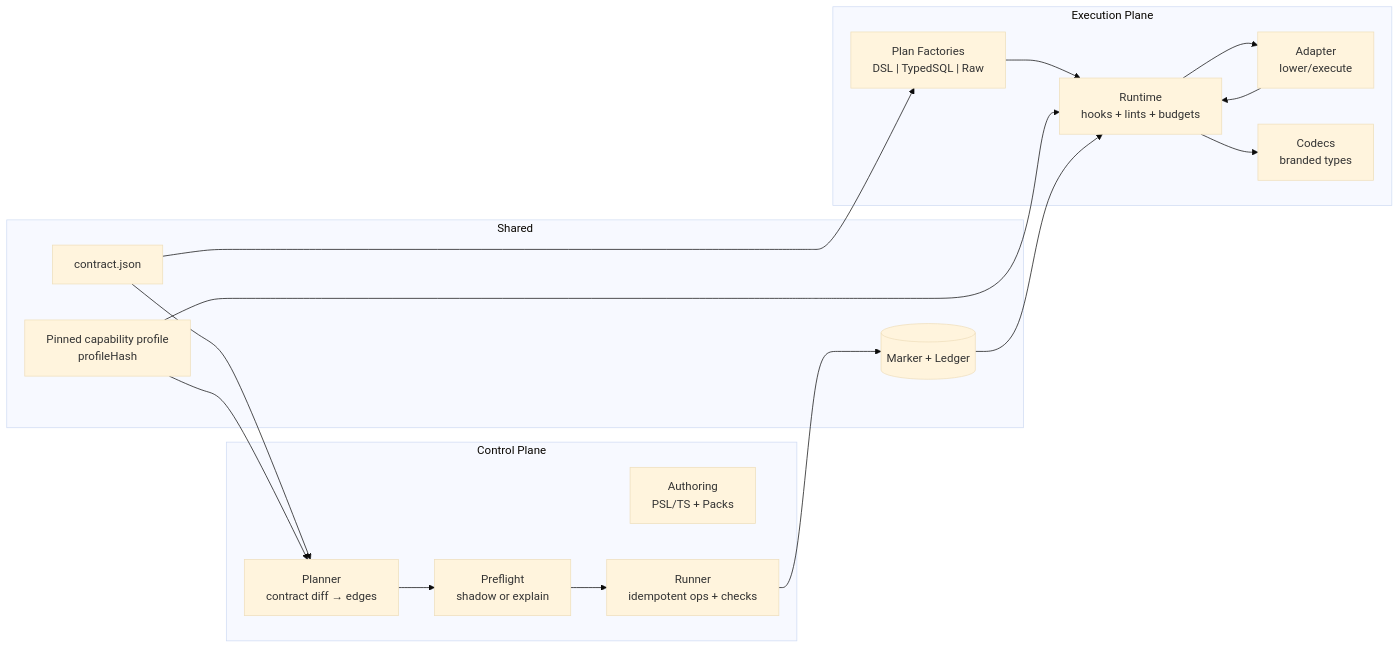
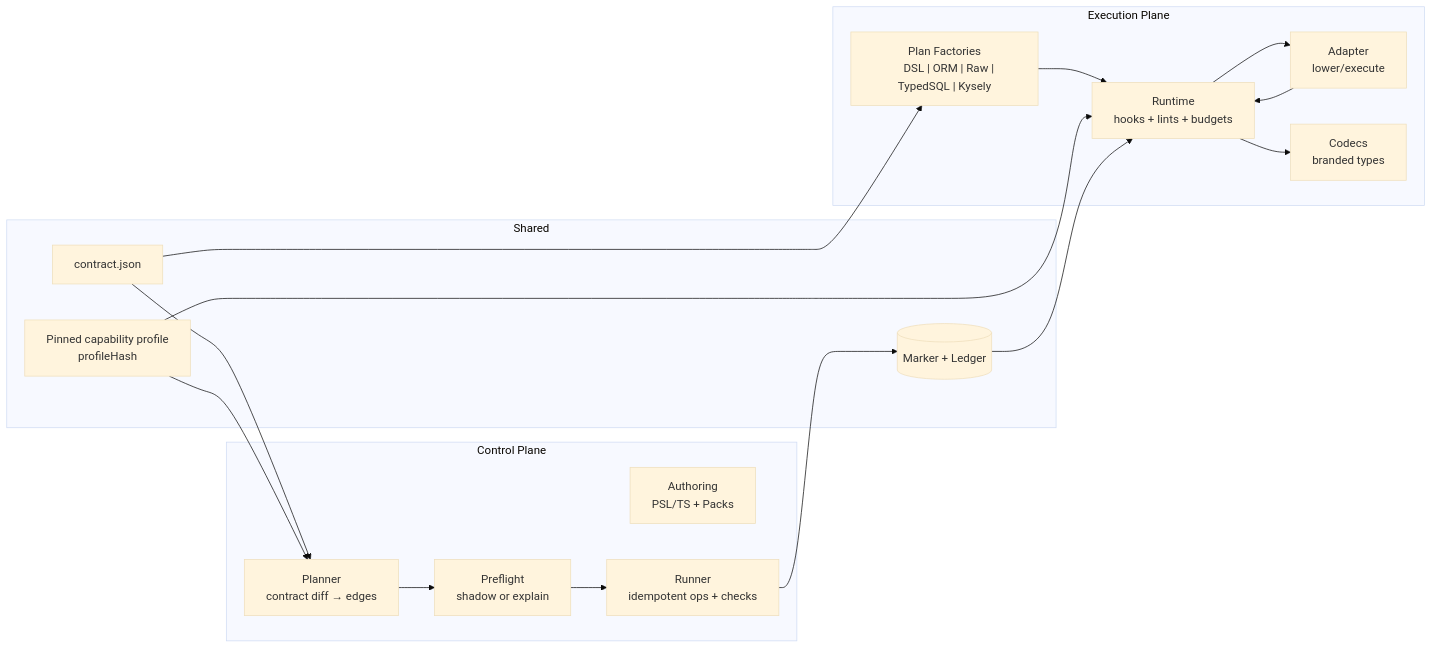
The first of 4 diagrams in docs/Architecture Overview.md (prisma/prisma-next), drawn with Mermaid (base theme) before and after one commit. The commit also changed other lines of this file, not shown here.

First line of the commit message:
docs(phase10): add Kysely and AST-first lints to Architecture Overview

````diff
--- a/docs/Architecture Overview.md
+++ b/docs/Architecture Overview.md
@@ -55,44 +55,44 @@
 ```mermaid
 flowchart LR
   subgraph Shared
     C[contract.json]
     Prof[Pinned capability profile
     profileHash]
     Mk[(Marker + Ledger)]
   end
 
   subgraph "Control Plane"
     Auth[Authoring
     PSL/TS + Packs]
     Plan[Planner
     contract diff → edges]
     Pf[Preflight
     shadow or explain]
     Run[Runner
     idempotent ops + checks]
   end
 
   subgraph "Execution Plane"
     QF["Plan Factories
-    DSL | TypedSQL | Raw"]
+    DSL | ORM | Raw | TypedSQL | Kysely"]
     RT[Runtime
     hooks + lints + budgets]
     Adp[Adapter
     lower/execute]
     Cd[Codecs
     branded types]
   end
 
   C --> Plan
   C --> QF
   Plan --> Pf
   Pf --> Run
   Run --> Mk
   QF --> RT
   RT --> Adp
   Adp --> RT
   RT --> Cd
   Prof --> RT
   Prof --> Plan
   Mk --> RT
 ```
````
